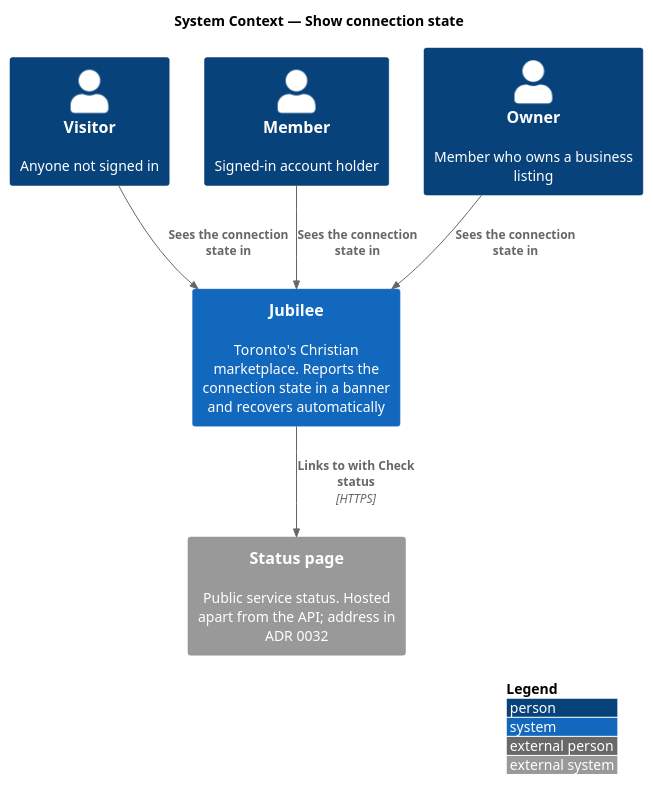
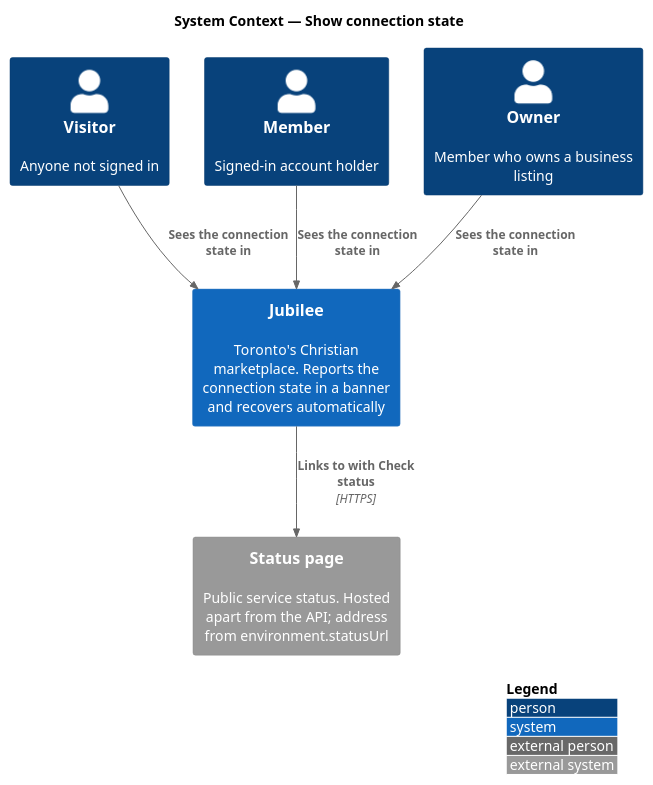
Before and after one commit to QuinntyneBrown/jubilee: the diagram in docs/detailed-designs/offline/show-connection-state/diagrams/c4-context.puml, drawn with PlantUML. The commit also changed 50 other files, not shown here.

```diff
--- a/docs/detailed-designs/offline/show-connection-state/diagrams/c4-context.puml
+++ b/docs/detailed-designs/offline/show-connection-state/diagrams/c4-context.puml
@@ -1,16 +1,16 @@
 @startuml
 !include <C4/C4_Context>
 LAYOUT_WITH_LEGEND()
 title System Context — Show connection state
 
 Person(visitor, "Visitor", "Anyone not signed in")
 Person(member, "Member", "Signed-in account holder")
 Person(owner, "Owner", "Member who owns a business listing")
 System(jubilee, "Jubilee", "Toronto's Christian marketplace. Reports the connection state in a banner and recovers automatically")
-System_Ext(status, "Status page", "Public service status. Hosted apart from the API; address in ADR 0032")
+System_Ext(status, "Status page", "Public service status. Hosted apart from the API; address from environment.statusUrl")
 
 Rel(visitor, jubilee, "Sees the connection state in")
 Rel(member, jubilee, "Sees the connection state in")
 Rel(owner, jubilee, "Sees the connection state in")
 Rel(jubilee, status, "Links to with Check status", "HTTPS")
 @enduml
```
